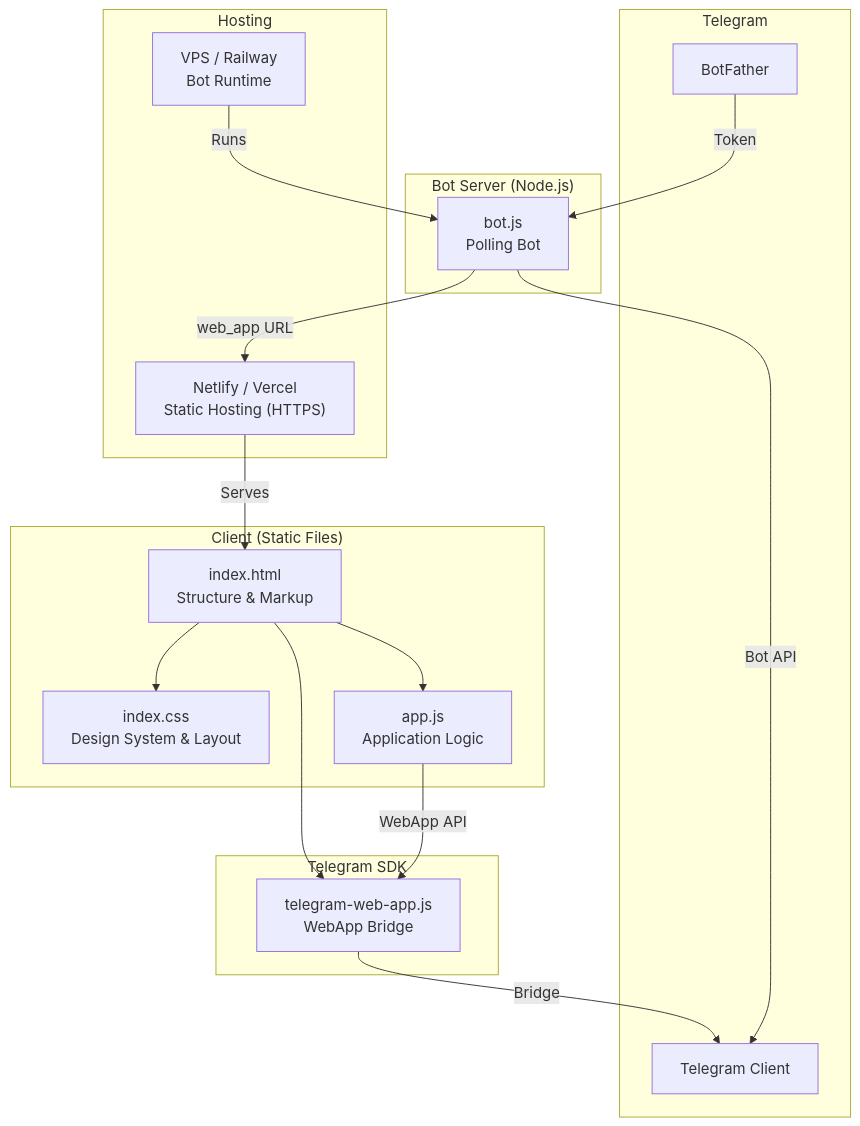
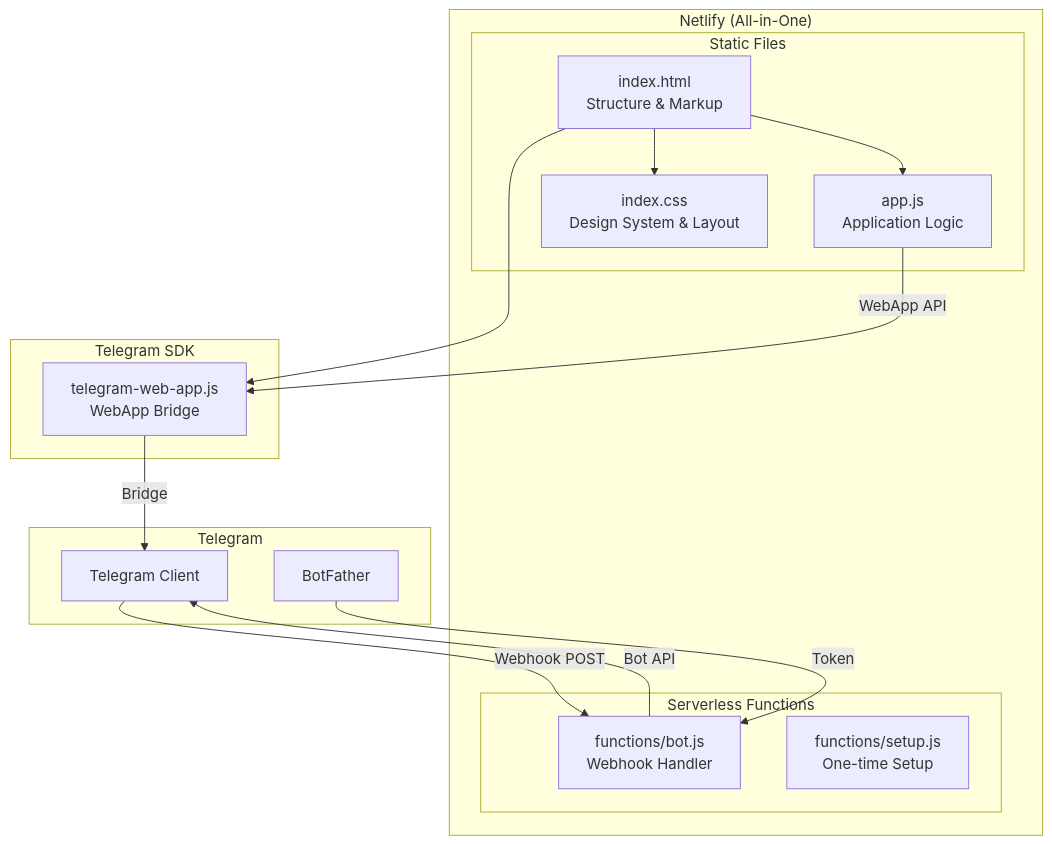
One commit to superdeddy/wheel-of-names-app changed the first of 2 diagrams in README.md. Above: the diagram before and after it, drawn with Mermaid. The commit also changed other lines of this file and 7 other files, not shown here.

First line of the commit message:
feat: migrate bot to Netlify Functions (serverless webhook)

````diff
--- a/README.md
+++ b/README.md
@@ -88,37 +88,32 @@
 ```mermaid
 graph TB
-    subgraph "Client (Static Files)"
-        HTML["index.html<br/>Structure & Markup"]
-        CSS["index.css<br/>Design System & Layout"]
-        JS["app.js<br/>Application Logic"]
+    subgraph "Netlify (All-in-One)"
+        subgraph "Static Files"
+            HTML["index.html<br/>Structure & Markup"]
+            CSS["index.css<br/>Design System & Layout"]
+            JS["app.js<br/>Application Logic"]
+        end
+        subgraph "Serverless Functions"
+            BOT["functions/bot.js<br/>Webhook Handler"]
+            SETUP["functions/setup.js<br/>One-time Setup"]
+        end
     end
 
     subgraph "Telegram SDK"
         SDK["telegram-web-app.js<br/>WebApp Bridge"]
-    end
-
-    subgraph "Bot Server (Node.js)"
-        BOT["bot.js<br/>Polling Bot"]
-    end
-
-    subgraph "Hosting"
-        NETLIFY["Netlify / Vercel<br/>Static Hosting (HTTPS)"]
-        VPS["VPS / Railway<br/>Bot Runtime"]
     end
 
     subgraph "Telegram"
         TG["Telegram Client"]
         BF["BotFather"]
     end
 
     HTML --> SDK
     HTML --> CSS
     HTML --> JS
     JS -->|"WebApp API"| SDK
     SDK -->|"Bridge"| TG
-    BOT -->|"web_app URL"| NETLIFY
+    TG -->|"Webhook POST"| BOT
     BOT -->|"Bot API"| TG
     BF -->|"Token"| BOT
-    NETLIFY -->|"Serves"| HTML
-    VPS -->|"Runs"| BOT
 ```
````
